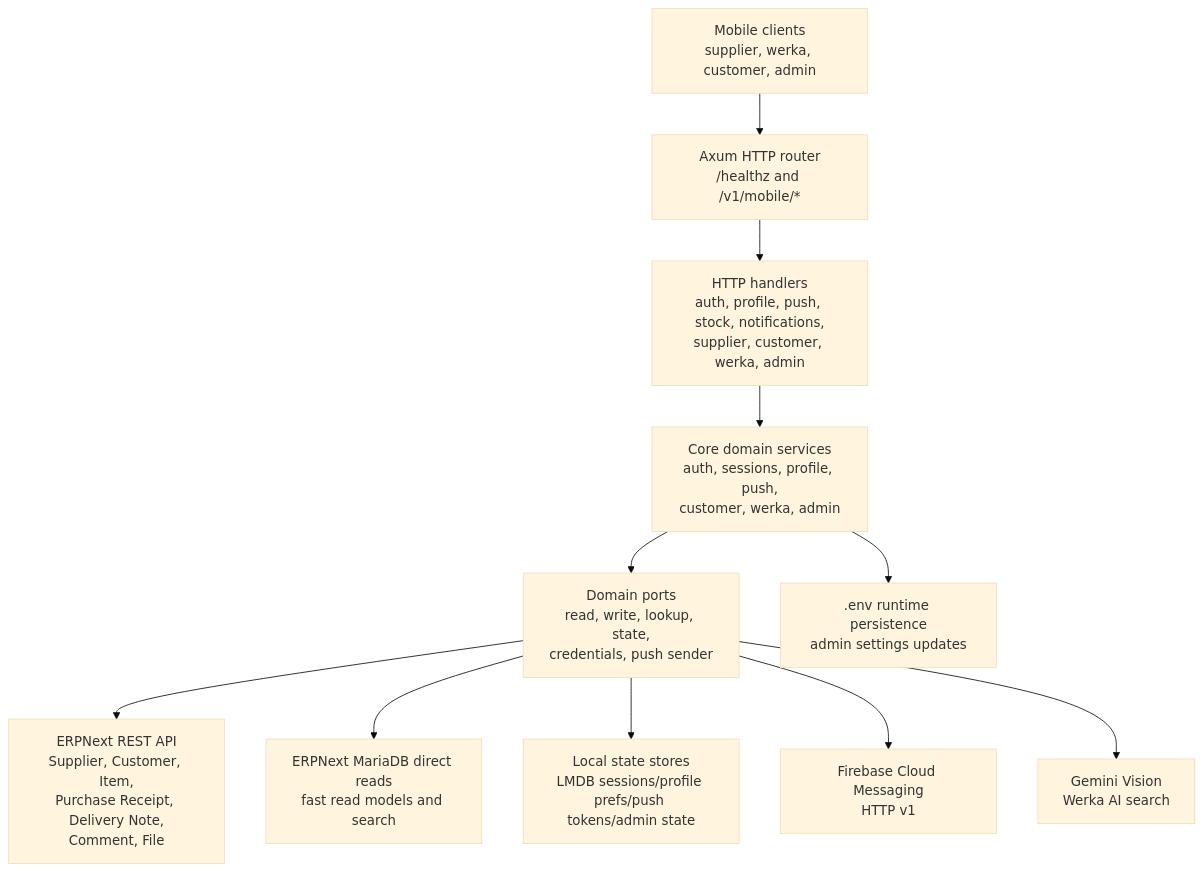
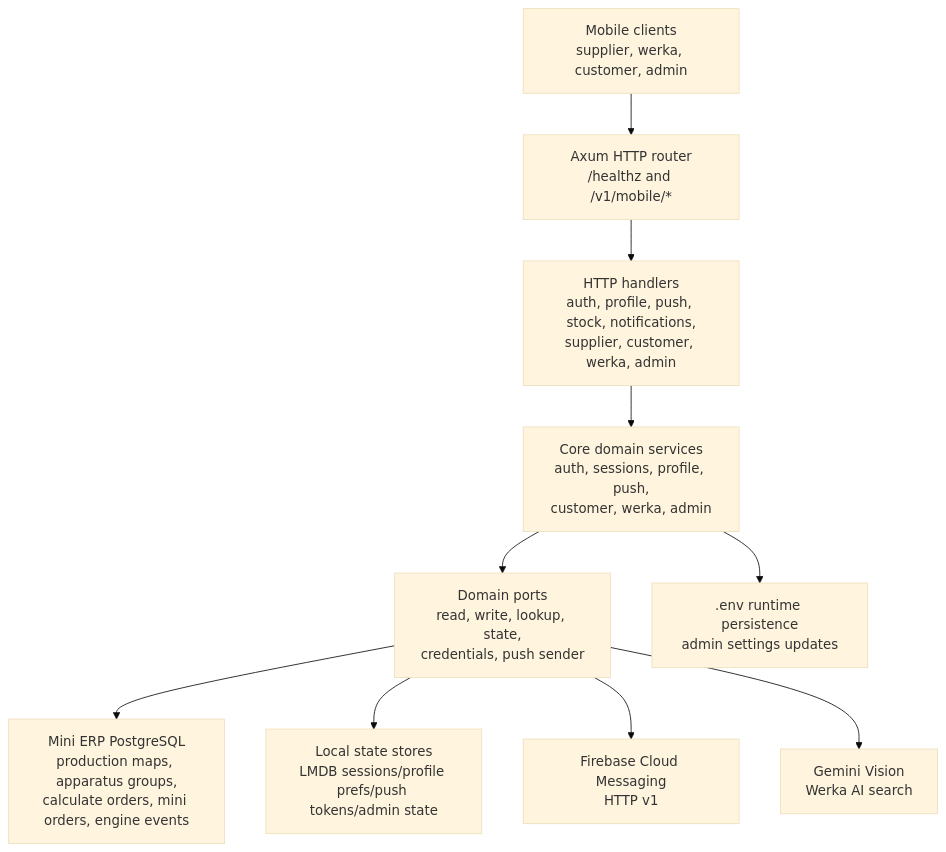
One commit to WIKKIwk/mini_rs_erp changed the first of 2 diagrams in README.md. Above: the diagram before and after it, drawn with Mermaid (base theme). The commit also changed other lines of this file and 58 other files, not shown here.

````diff
--- a/README.md
+++ b/README.md
@@ -197,26 +159,24 @@
 ```mermaid
 flowchart TB
     Mobile[Mobile clients<br/>supplier, werka, customer, admin]
     HTTP[Axum HTTP router<br/>/healthz and /v1/mobile/*]
     Handlers[HTTP handlers<br/>auth, profile, push, stock, notifications,<br/>supplier, customer, werka, admin]
     Core[Core domain services<br/>auth, sessions, profile, push,<br/>customer, werka, admin]
     Ports[Domain ports<br/>read, write, lookup, state,<br/>credentials, push sender]
 
-    ERPNext[ERPNext REST API<br/>Supplier, Customer, Item,<br/>Purchase Receipt, Delivery Note,<br/>Comment, File]
-    MariaDB[ERPNext MariaDB direct reads<br/>fast read models and search]
+    Postgres[Mini ERP PostgreSQL<br/>production maps, apparatus groups,<br/>calculate orders, mini orders, engine events]
     LocalState[Local state stores<br/>LMDB sessions/profile prefs/push tokens/admin state]
     FCM[Firebase Cloud Messaging<br/>HTTP v1]
     Gemini[Gemini Vision<br/>Werka AI search]
     Env[.env runtime persistence<br/>admin settings updates]
 
     Mobile --> HTTP
     HTTP --> Handlers
     Handlers --> Core
     Core --> Ports
-    Ports --> ERPNext
-    Ports --> MariaDB
+    Ports --> Postgres
     Ports --> LocalState
     Ports --> FCM
     Ports --> Gemini
     Core --> Env
 ```
````
